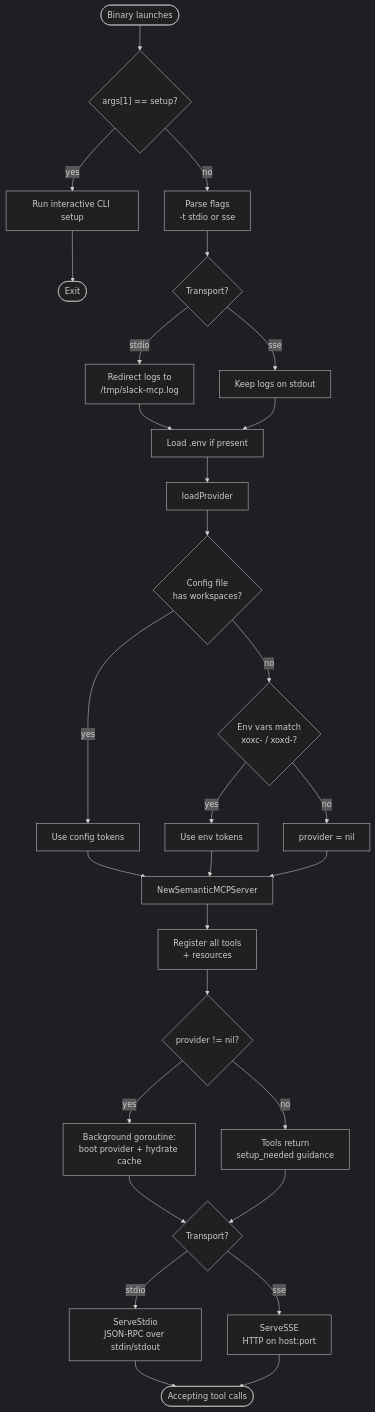
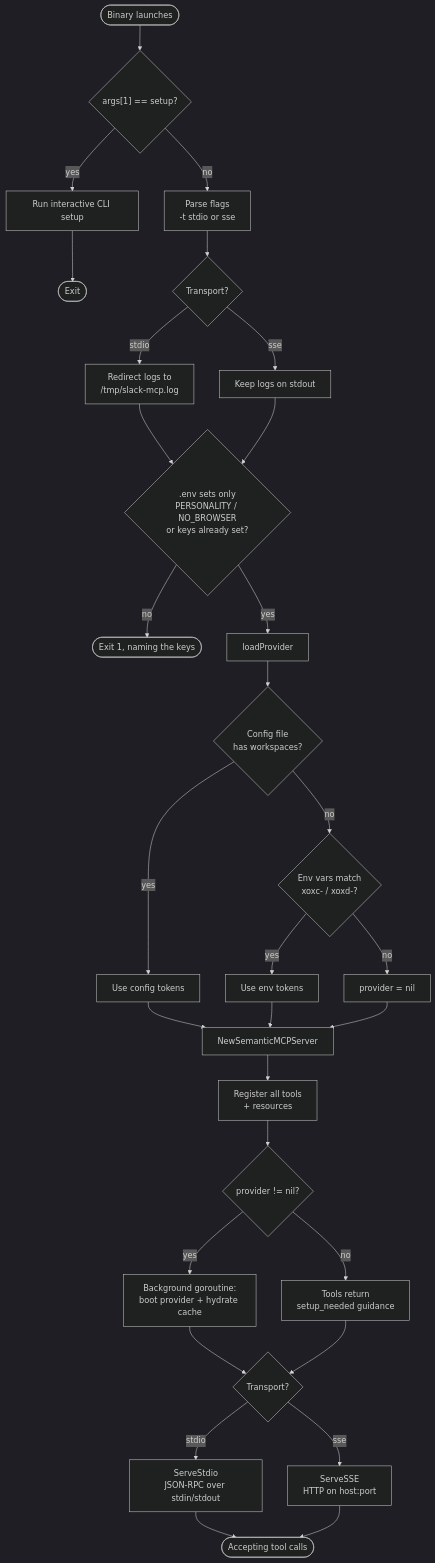
The first of 5 diagrams in docs/token-resolution.md (aaronsb/slack-mcp), drawn with Mermaid (dark theme) before and after one commit. The commit also changed other lines of this file and 6 other files, not shown here.

````diff
--- a/docs/token-resolution.md
+++ b/docs/token-resolution.md
@@ -7,45 +7,46 @@
 ```mermaid
 flowchart TD
     Launch([Binary launches]) --> SubCmd{"args[1] == setup?"}
 
     SubCmd -->|yes| CLI[Run interactive CLI setup]
     CLI --> Exit([Exit])
 
     SubCmd -->|no| Flags[Parse flags<br>-t stdio or sse]
     Flags --> LogSetup{Transport?}
 
     LogSetup -->|stdio| LogFile[Redirect logs to<br>/tmp/slack-mcp.log]
     LogSetup -->|sse| LogStdout[Keep logs on stdout]
 
-    LogFile --> DotEnv[Load .env if present]
+    LogFile --> DotEnv{".env sets only<br>PERSONALITY / NO_BROWSER<br>or keys already set?"}
     LogStdout --> DotEnv
 
-    DotEnv --> LoadProvider[loadProvider]
+    DotEnv -->|no| Refuse([Exit 1, naming the keys])
+    DotEnv -->|yes| LoadProvider[loadProvider]
 
     LoadProvider --> CheckConfig{Config file<br>has workspaces?}
     CheckConfig -->|yes| UseConfig[Use config tokens]
     CheckConfig -->|no| CheckEnv{Env vars match<br>xoxc- / xoxd-?}
     CheckEnv -->|yes| UseEnv[Use env tokens]
     CheckEnv -->|no| NoAuth[provider = nil]
 
     UseConfig --> CreateServer[NewSemanticMCPServer]
     UseEnv --> CreateServer
     NoAuth --> CreateServer
 
     CreateServer --> RegisterTools[Register all tools<br>+ resources]
 
     RegisterTools --> HasAuth{provider != nil?}
 
     HasAuth -->|yes| AsyncBoot[Background goroutine:<br>boot provider + hydrate cache]
     HasAuth -->|no| ToolsLimited[Tools return<br>setup_needed guidance]
 
     AsyncBoot --> Serve
     ToolsLimited --> Serve
 
     Serve{Transport?}
     Serve -->|stdio| Stdio[ServeStdio<br>JSON-RPC over stdin/stdout]
     Serve -->|sse| SSE[ServeSSE<br>HTTP on host:port]
 
     Stdio --> Ready([Accepting tool calls])
     SSE --> Ready
 ```
````
